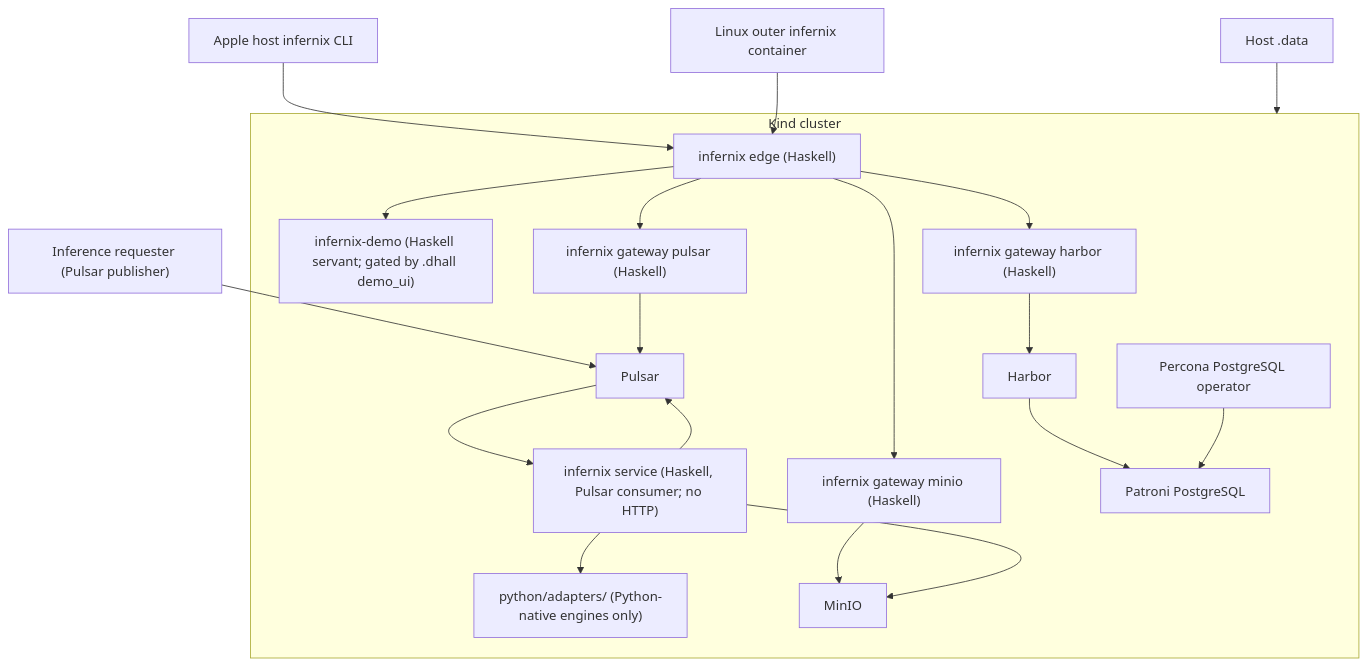
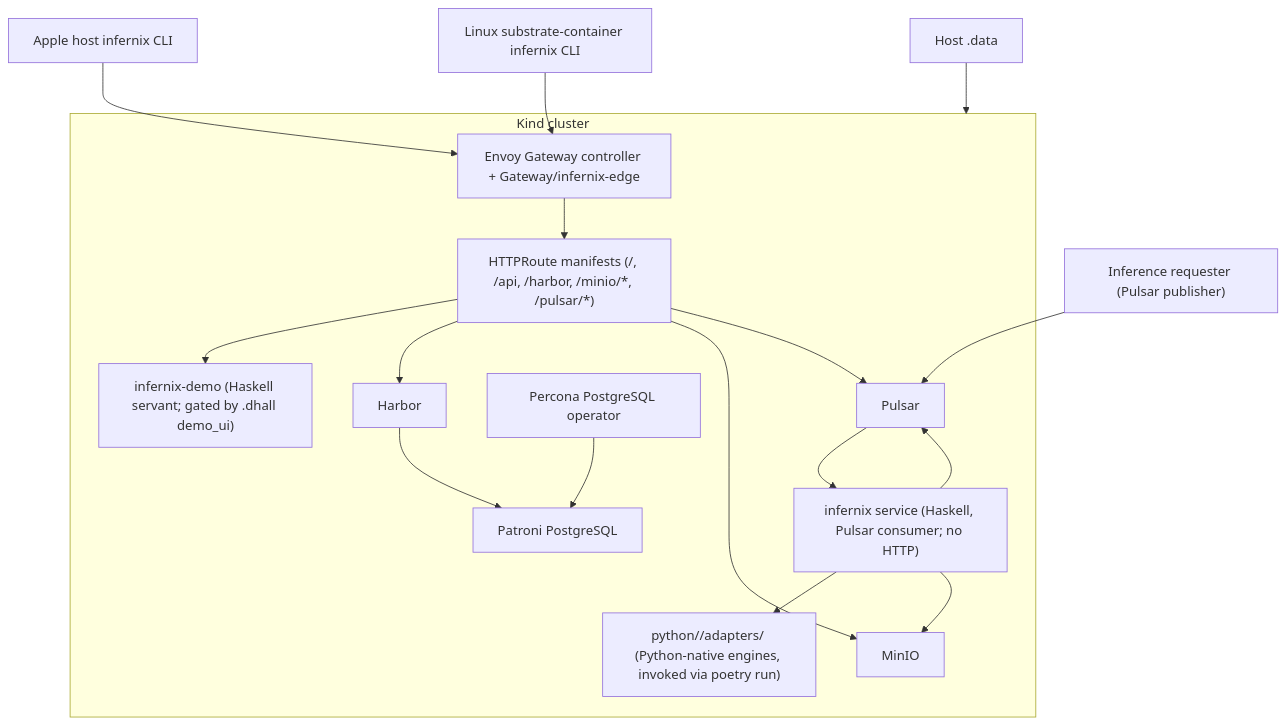
The diagram in DEVELOPMENT_PLAN/00-overview.md (Tuee22/infernix), drawn with Mermaid before and after one commit. The commit also changed other lines of this file and 11 other files, not shown here.

````diff
--- a/DEVELOPMENT_PLAN/00-overview.md
+++ b/DEVELOPMENT_PLAN/00-overview.md
@@ -92,40 +107,36 @@
 ```mermaid
 flowchart TB
     apple["Apple host infernix CLI"]
-    linux["Linux outer infernix container"]
+    linux["Linux substrate-container infernix CLI"]
     data["Host .data"]
     pulsarClient["Inference requester (Pulsar publisher)"]
 
     subgraph kind["Kind cluster"]
-        edge["infernix edge (Haskell)"]
+        envoy["Envoy Gateway controller + Gateway/infernix-edge"]
+        routes["HTTPRoute manifests (/, /api, /harbor, /minio/*, /pulsar/*)"]
         demo["infernix-demo (Haskell servant; gated by .dhall demo_ui)"]
         service["infernix service (Haskell, Pulsar consumer; no HTTP)"]
-        adapters["python/adapters/<engine> (Python-native engines only)"]
-        harborGw["infernix gateway harbor (Haskell)"]
-        minioGw["infernix gateway minio (Haskell)"]
-        pulsarGw["infernix gateway pulsar (Haskell)"]
+        adapters["python/<substrate>/adapters/<engine> (Python-native engines, invoked via poetry run)"]
         harbor["Harbor"]
         minio["MinIO"]
         pgop["Percona PostgreSQL operator"]
         postgres["Patroni PostgreSQL"]
         pulsar["Pulsar"]
     end
 
-    apple --> edge
-    linux --> edge
+    apple --> envoy
+    linux --> envoy
     pulsarClient --> pulsar
-    edge --> demo
-    edge --> harborGw
-    edge --> minioGw
-    edge --> pulsarGw
-    harborGw --> harbor
-    minioGw --> minio
-    pulsarGw --> pulsar
+    envoy --> routes
+    routes --> demo
+    routes --> harbor
+    routes --> minio
+    routes --> pulsar
     harbor --> postgres
     pgop --> postgres
     pulsar --> service
     service --> adapters
     service --> minio
     service --> pulsar
     data --> kind
 ```
````
